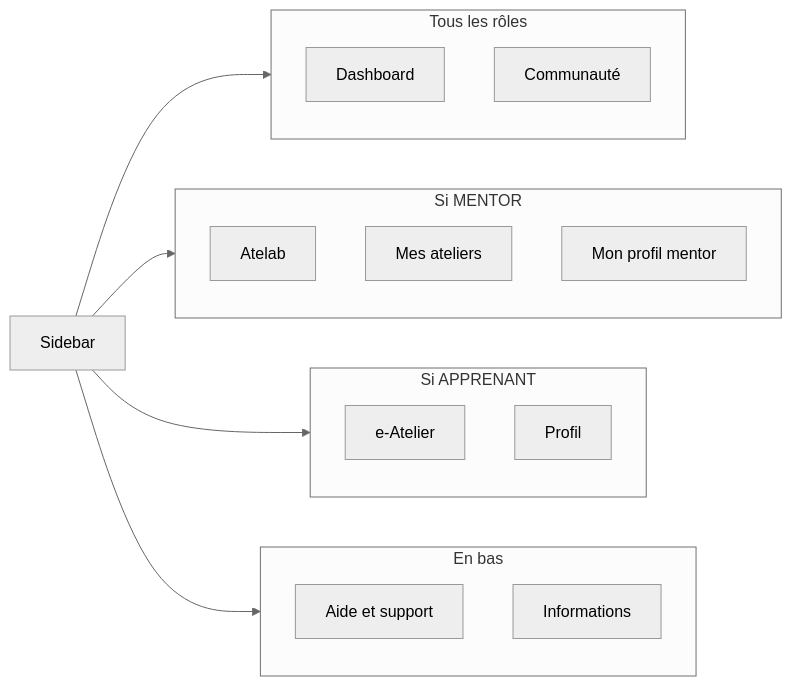
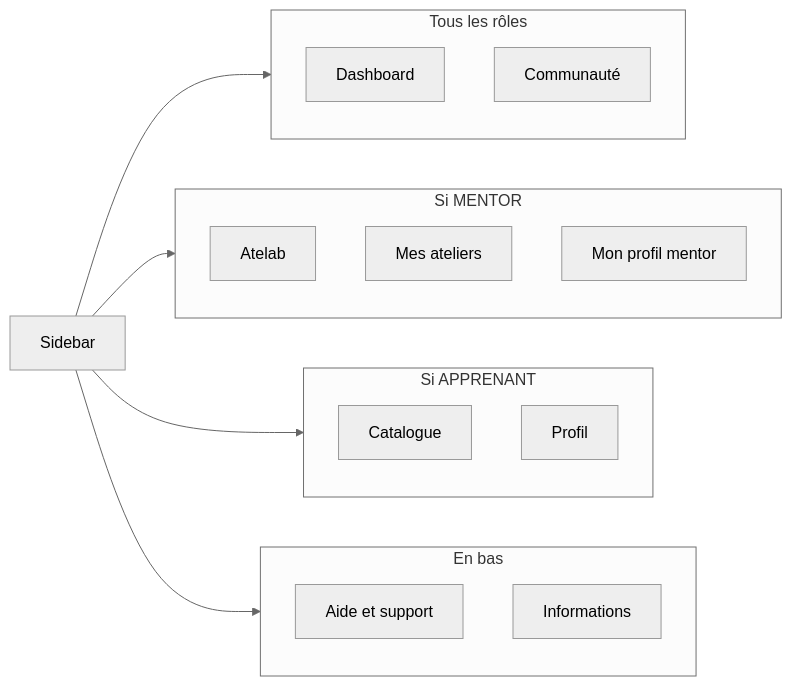
The third of 4 diagrams in docs/front.md (alice-444/ls_app), drawn with Mermaid (neutral theme) before and after one commit. The commit also changed other lines of this file and 100 other files, not shown here.

````diff
--- a/docs/front.md
+++ b/docs/front.md
@@ -127,28 +127,28 @@
 ```mermaid
 flowchart LR
   subgraph Commun["Tous les rôles"]
     A[Dashboard]
     B[Communauté]
   end
 
   subgraph Mentor["Si MENTOR"]
     E[Atelab]
     F[Mes ateliers]
     G[Mon profil mentor]
   end
 
   subgraph Apprenant["Si APPRENANT"]
-    H[e-Atelier]
+    H[Catalogue]
     I[Profil]
   end
 
   subgraph Bas["En bas"]
     J[Aide et support]
     K[Informations]
   end
 
   Sidebar[Sidebar] --> Commun
   Sidebar --> Mentor
   Sidebar --> Apprenant
   Sidebar --> Bas
 ```
````
